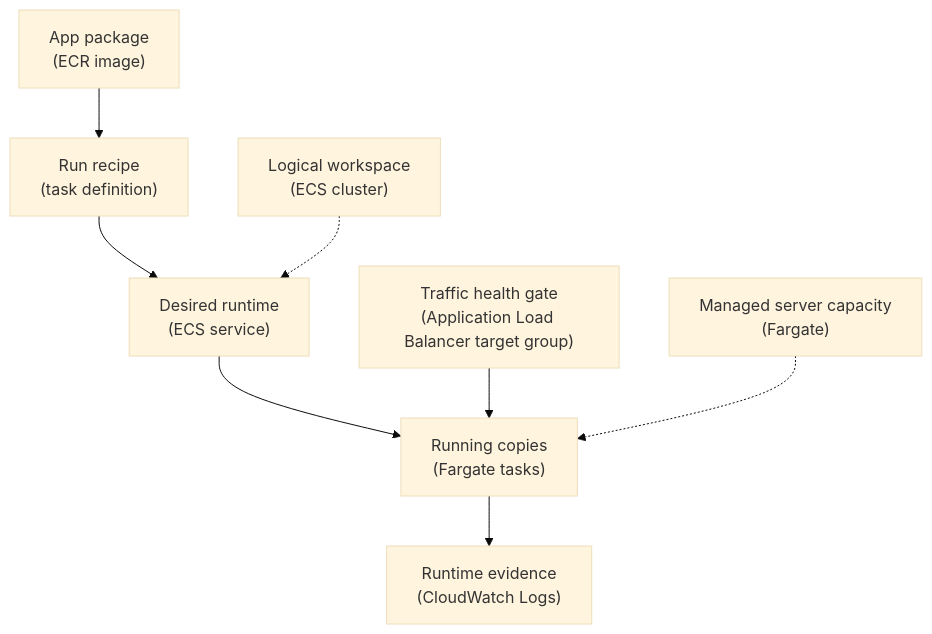
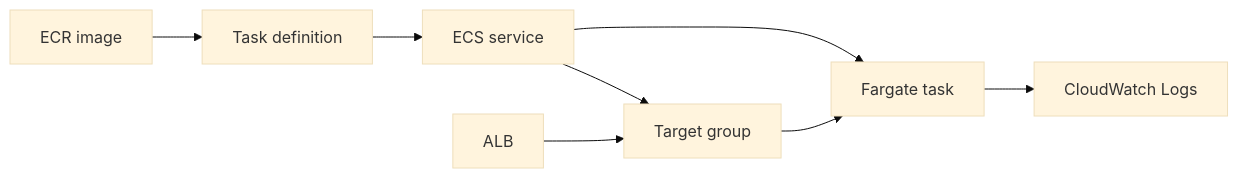
Before and after one commit to senlinyy/dev-roadmaps: the diagram in cloud-providers/aws/compute-application-hosting/ecs-and-fargate.md, drawn with Mermaid (base theme). The commit also changed other lines of this file and 275 other files, not shown here.

Commit message:
feat: roadmap structure update

````diff
--- a/cloud-providers/aws/compute-application-hosting/ecs-and-fargate.md
+++ b/cloud-providers/aws/compute-application-hosting/ecs-and-fargate.md
@@ -91,10 +49,10 @@
 ```mermaid
-flowchart TD
-    ECR["App package<br/>(ECR image)"] --> TD["Run recipe<br/>(task definition)"]
-    TD --> SERVICE["Desired runtime<br/>(ECS service)"]
-    SERVICE --> TASKS["Running copies<br/>(Fargate tasks)"]
-    TRAFFIC["Traffic health gate<br/>(Application Load Balancer target group)"] --> TASKS
-    TASKS --> CW["Runtime evidence<br/>(CloudWatch Logs)"]
-    CLUSTER["Logical workspace<br/>(ECS cluster)"] -.-> SERVICE
-    FARGATE["Managed server capacity<br/>(Fargate)"] -.-> TASKS
+flowchart LR
+    ECR["ECR image"] --> TD["Task definition"]
+    TD --> Service["ECS service"]
+    Service --> Task["Fargate task"]
+    Service --> Target["Target group"]
+    ALB["ALB"] --> Target
+    Target --> Task
+    Task --> Logs["CloudWatch Logs"]
 ```
````
